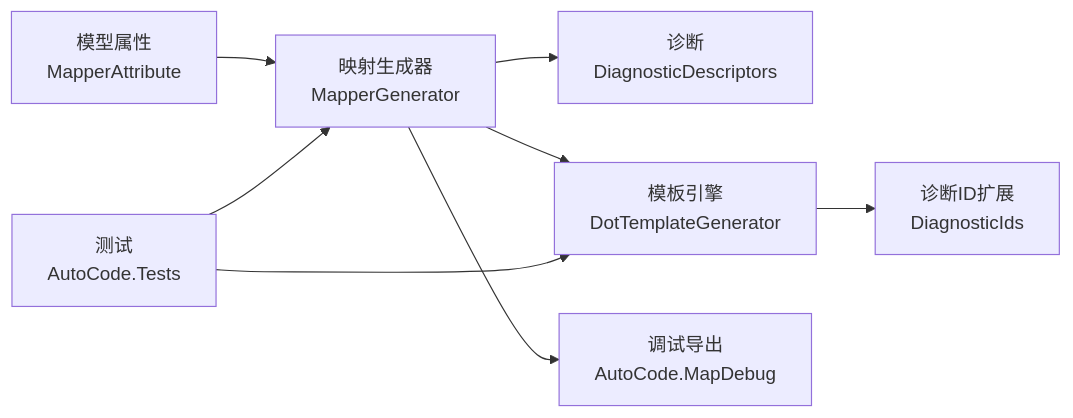
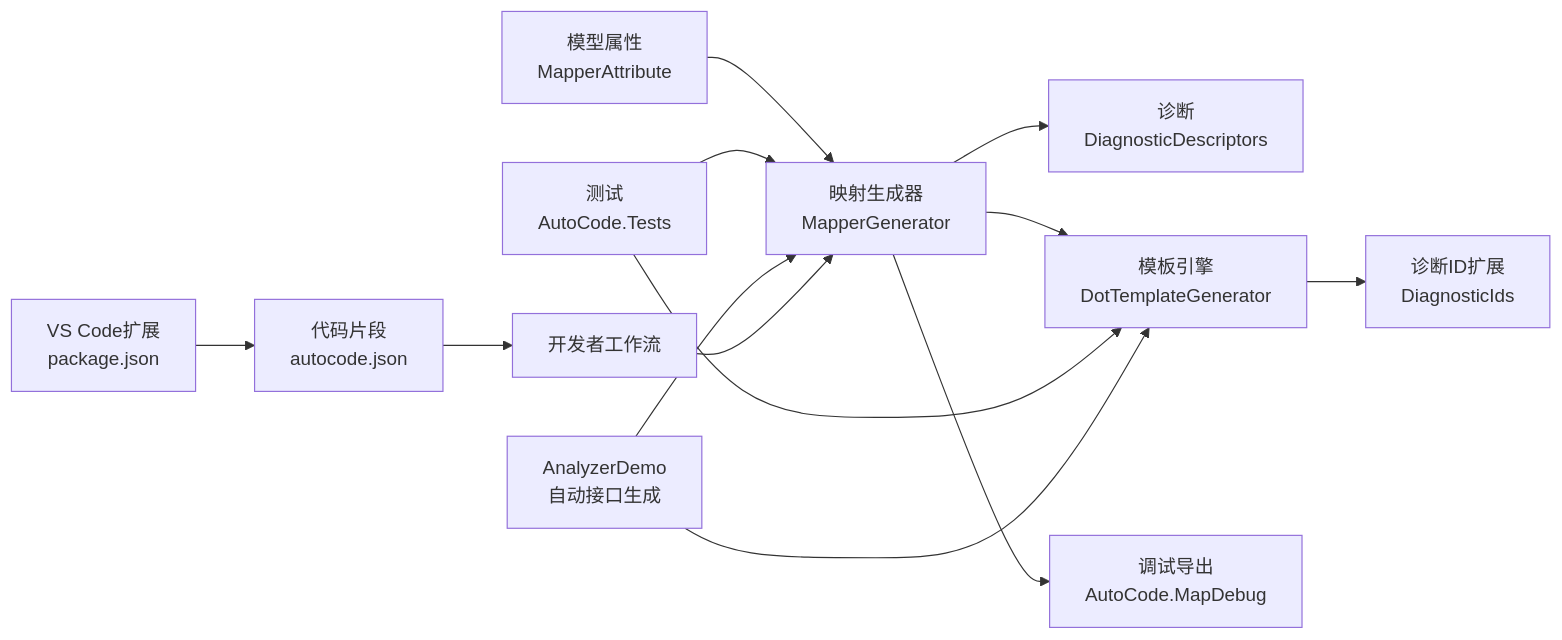
One commit to alivy/AutoCode changed the fourth of 4 diagrams in .qoder/repowiki/zh/content/调试与诊断/调试与诊断.md. Above: the diagram before and after it, drawn with Mermaid. The commit also changed other lines of this file and 150 other files, not shown here.

````diff
--- a/.qoder/repowiki/zh/content/调试与诊断/调试与诊断.md
+++ b/.qoder/repowiki/zh/content/调试与诊断/调试与诊断.md
@@ -236,10 +308,15 @@
 ```mermaid
 graph LR
 Attr["模型属性<br/>MapperAttribute"] --> Gen["映射生成器<br/>MapperGenerator"]
 Gen --> Diag["诊断<br/>DiagnosticDescriptors"]
 Gen --> Tpl["模板引擎<br/>DotTemplateGenerator"]
 Tpl --> DiagExt["诊断ID扩展<br/>DiagnosticIds"]
 Gen --> Debug["调试导出<br/>AutoCode.MapDebug"]
 Tests["测试<br/>AutoCode.Tests"] --> Gen
 Tests --> Tpl
+ADemo["AnalyzerDemo<br/>自动接口生成"] --> Gen
+ADemo --> Tpl
+VSC["VS Code扩展<br/>package.json"] --> Snip["代码片段<br/>autocode.json"]
+Snip --> Dev["开发者工作流"]
+Dev --> Gen
 ```
````
